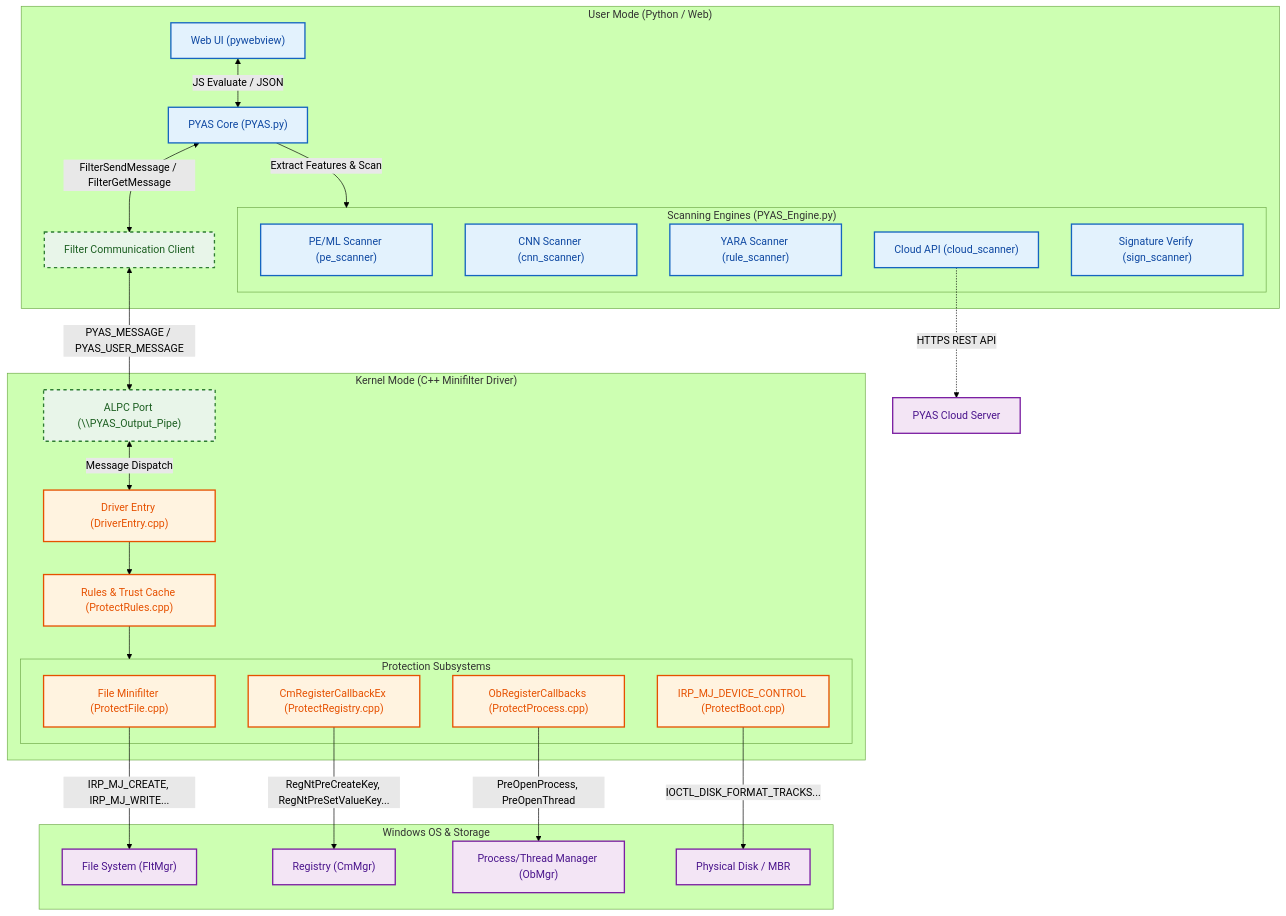
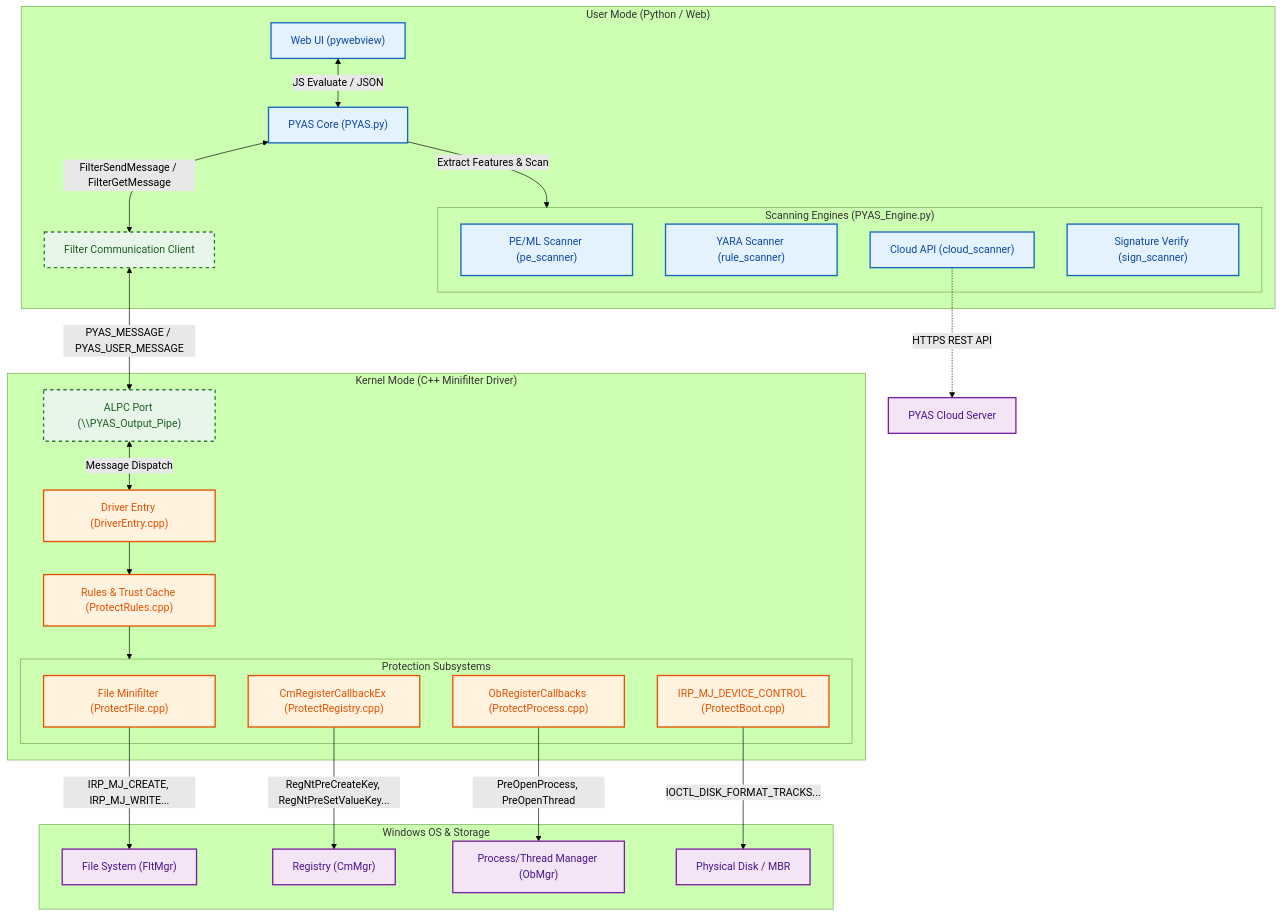
Before and after one commit to 87owo/PYAS: the diagram in README.md, drawn with Mermaid (forest theme). The commit also changed other lines of this file, not shown here.

````diff
--- a/README.md
+++ b/README.md
@@ -73,65 +69,64 @@
 ```mermaid
 graph TD
     %% Global Styles
     classDef userMode fill:#e3f2fd,stroke:#1565c0,stroke-width:2px,color:#0d47a1
     classDef kernelMode fill:#fff3e0,stroke:#e65100,stroke-width:2px,color:#e65100
     classDef storage fill:#f3e5f5,stroke:#7b1fa2,stroke-width:2px,color:#4a148c
     classDef interaction fill:#e8f5e9,stroke:#2e7d32,stroke-width:2px,stroke-dasharray: 5 5,color:#1b5e20
 
     subgraph UserMode ["User Mode (Python / Web)"]
         UI["Web UI (pywebview)"]:::userMode
         PYASCore["PYAS Core (PYAS.py)"]:::userMode
         
         subgraph Engines ["Scanning Engines (PYAS_Engine.py)"]
             PEScanner["PE/ML Scanner (pe_scanner)"]:::userMode
-            CNNScanner["CNN Scanner (cnn_scanner)"]:::userMode
             RuleScanner["YARA Scanner (rule_scanner)"]:::userMode
             CloudScanner["Cloud API (cloud_scanner)"]:::userMode
             SignScanner["Signature Verify (sign_scanner)"]:::userMode
         end
         
         CommClient["Filter Communication Client"]:::interaction
     end
 
     subgraph KernelMode ["Kernel Mode (C++ Minifilter Driver)"]
         CommServer["ALPC Port (\\PYAS_Output_Pipe)"]:::interaction
         DriverCore["Driver Entry (DriverEntry.cpp)"]:::kernelMode
         RuleEngine["Rules & Trust Cache (ProtectRules.cpp)"]:::kernelMode
 
         subgraph Protections ["Protection Subsystems"]
             FileProtect["File Minifilter (ProtectFile.cpp)"]:::kernelMode
             ProcessProtect["ObRegisterCallbacks (ProtectProcess.cpp)"]:::kernelMode
             RegProtect["CmRegisterCallbackEx (ProtectRegistry.cpp)"]:::kernelMode
             BootProtect["IRP_MJ_DEVICE_CONTROL (ProtectBoot.cpp)"]:::kernelMode
         end
     end
 
     subgraph OS ["Windows OS & Storage"]
         FS["File System (FltMgr)"]:::storage
         Reg["Registry (CmMgr)"]:::storage
         ProcMgr["Process/Thread Manager (ObMgr)"]:::storage
         Disk["Physical Disk / MBR"]:::storage
     end
 
     CloudAPI["PYAS Cloud Server"]:::storage
 
     %% User Mode Internal
     UI <-->|JS Evaluate / JSON| PYASCore
     PYASCore -->|Extract Features & Scan| Engines
     CloudScanner -.->|HTTPS REST API| CloudAPI
     PYASCore <-->|FilterSendMessage / FilterGetMessage| CommClient
 
     %% User-Kernel Boundary
     CommClient <-->|PYAS_MESSAGE / PYAS_USER_MESSAGE| CommServer
 
     %% Kernel Mode Internal
     CommServer <-->|Message Dispatch| DriverCore
     DriverCore --> RuleEngine
     RuleEngine --> Protections
 
     %% Kernel-OS Boundary
     FileProtect -->|IRP_MJ_CREATE, IRP_MJ_WRITE...| FS
     ProcessProtect -->|PreOpenProcess, PreOpenThread| ProcMgr
     RegProtect -->|RegNtPreCreateKey, RegNtPreSetValueKey...| Reg
     BootProtect -->|IOCTL_DISK_FORMAT_TRACKS...| Disk
 ```
````
